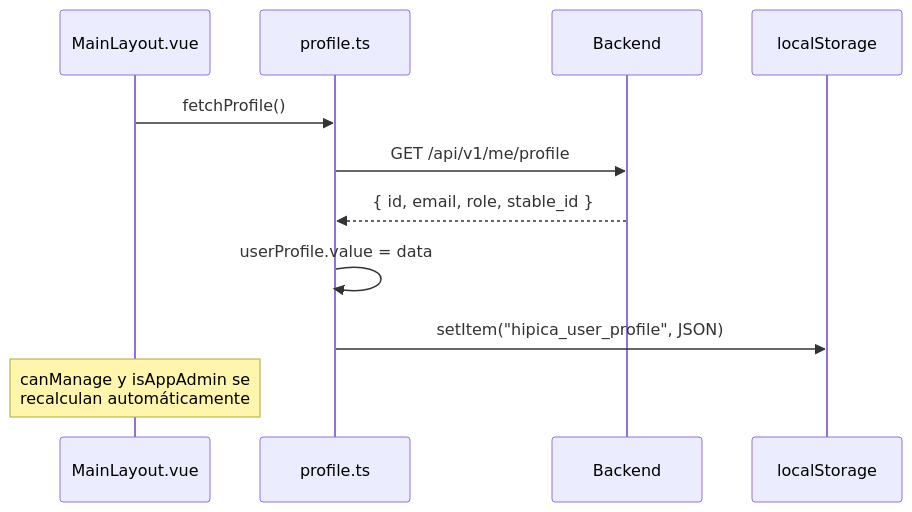
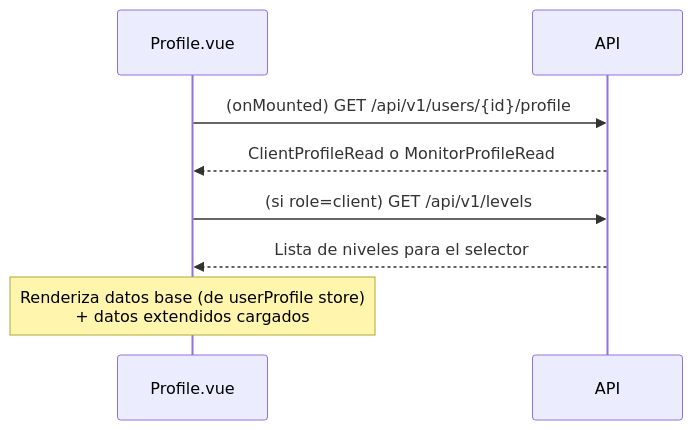
One commit to Adria82/hipica-backend changed the diagram in docs/features/perfil-usuario.md. Above: the diagram before and after it, drawn with Mermaid. The commit also changed other lines of this file and 20 other files, not shown here.

````diff
--- a/docs/features/perfil-usuario.md
+++ b/docs/features/perfil-usuario.md
@@ -68,14 +111,11 @@
 ```mermaid
 sequenceDiagram
-    participant Layout as MainLayout.vue
-    participant Store as profile.ts
-    participant B as Backend
-    participant LS as localStorage
+    participant Profile.vue
+    participant API
 
-    Layout->>Store: fetchProfile()
-    Store->>B: GET /api/v1/me/profile
-    B-->>Store: { id, email, role, stable_id }
-    Store->>Store: userProfile.value = data
-    Store->>LS: setItem("hipica_user_profile", JSON)
-    Note over Layout: canManage y isAppAdmin se<br/>recalculan automáticamente
+    Profile.vue->>API: (onMounted) GET /api/v1/users/{id}/profile
+    API-->>Profile.vue: ClientProfileRead o MonitorProfileRead
+    Profile.vue->>API: (si role=client) GET /api/v1/levels
+    API-->>Profile.vue: Lista de niveles para el selector
+    Note over Profile.vue: Renderiza datos base (de userProfile store)<br/>+ datos extendidos cargados
 ```
````
